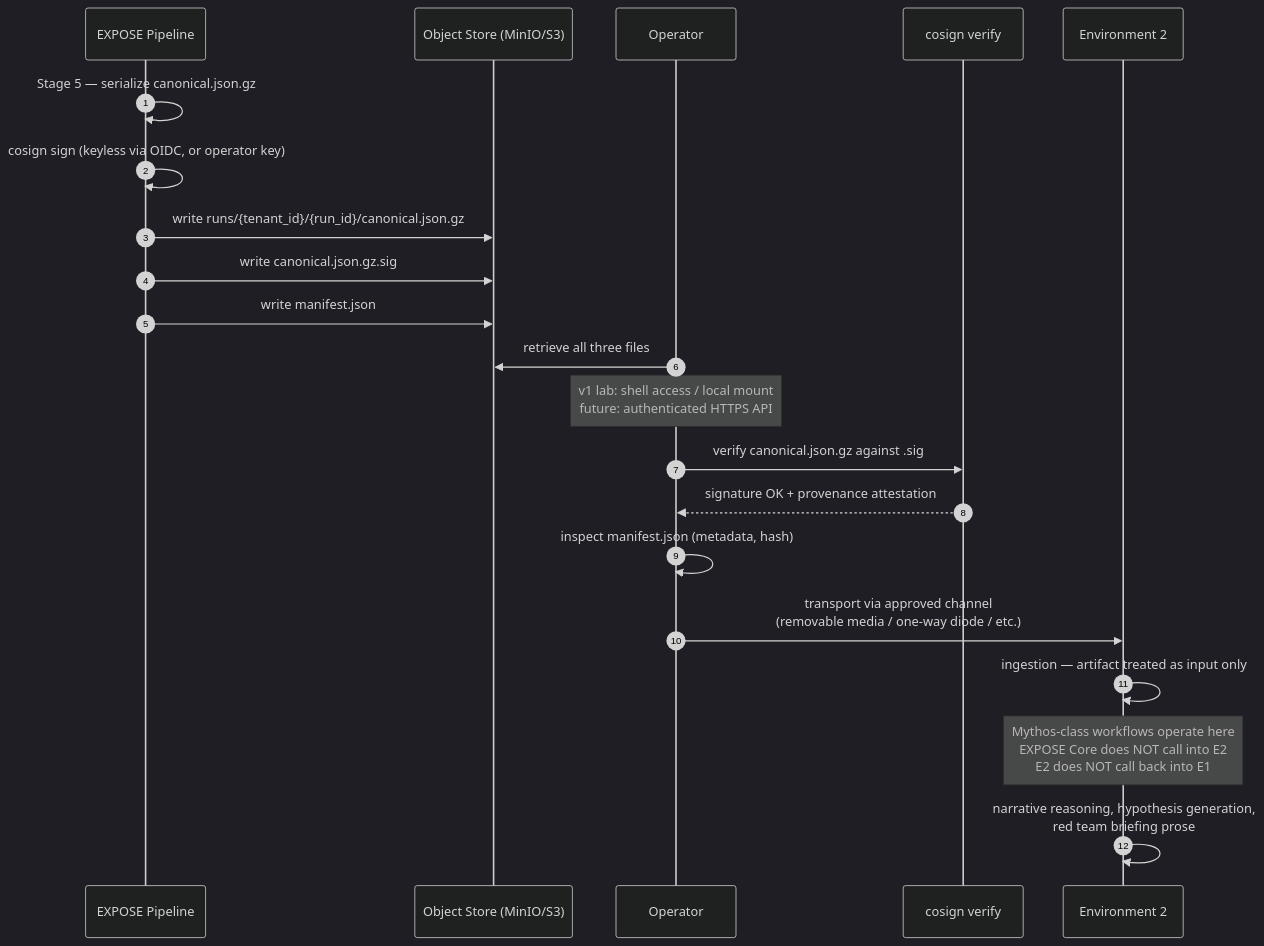
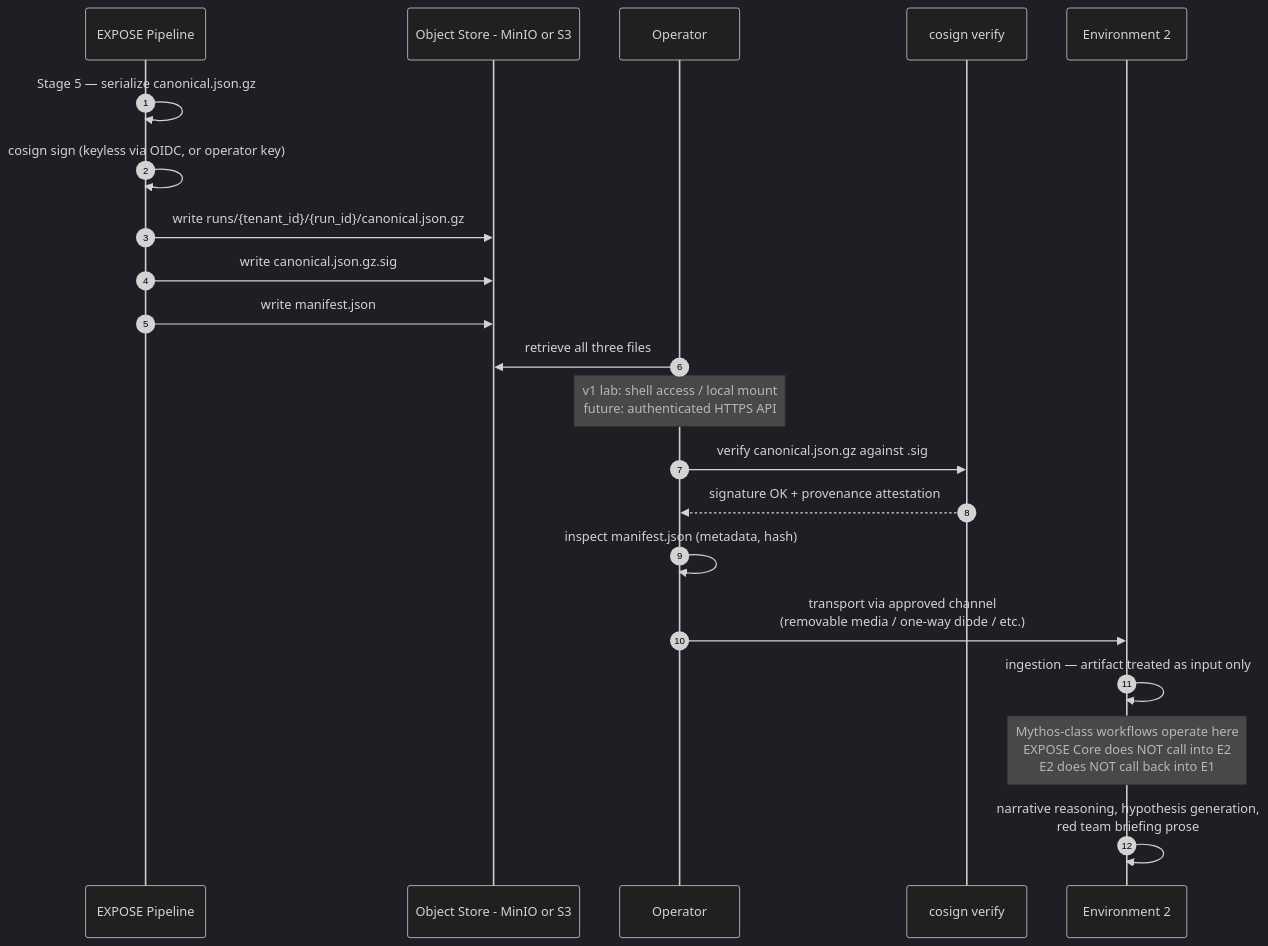
The second of 2 diagrams in docs/architecture/10-two-environment-model.md (pitt-street-labs/expose), drawn with Mermaid (dark theme) before and after one commit. The commit also changed 6 other files, not shown here.

First line of the commit message:
Session C completes (Identity Surface) + Architecture diagrams 7-10 + revisions

````diff
--- a/docs/architecture/10-two-environment-model.md
+++ b/docs/architecture/10-two-environment-model.md
@@ -38,27 +38,27 @@
 ```mermaid
 sequenceDiagram
   autonumber
   participant Pipeline as EXPOSE Pipeline
-  participant ObjStore as Object Store (MinIO/S3)
+  participant ObjStore as Object Store - MinIO or S3
   participant Operator as Operator
   participant Cosign as cosign verify
   participant E2 as Environment 2
 
   Pipeline->>Pipeline: Stage 5 — serialize canonical.json.gz
   Pipeline->>Pipeline: cosign sign (keyless via OIDC, or operator key)
   Pipeline->>ObjStore: write runs/{tenant_id}/{run_id}/canonical.json.gz
   Pipeline->>ObjStore: write canonical.json.gz.sig
   Pipeline->>ObjStore: write manifest.json
 
   Operator->>ObjStore: retrieve all three files
   Note over Operator: v1 lab: shell access / local mount<br/>future: authenticated HTTPS API
   Operator->>Cosign: verify canonical.json.gz against .sig
   Cosign-->>Operator: signature OK + provenance attestation
   Operator->>Operator: inspect manifest.json (metadata, hash)
 
   Operator->>E2: transport via approved channel<br/>(removable media / one-way diode / etc.)
 
   E2->>E2: ingestion — artifact treated as input only
   Note over E2: Mythos-class workflows operate here<br/>EXPOSE Core does NOT call into E2<br/>E2 does NOT call back into E1
   E2->>E2: narrative reasoning, hypothesis generation,<br/>red team briefing prose
 ```
````
